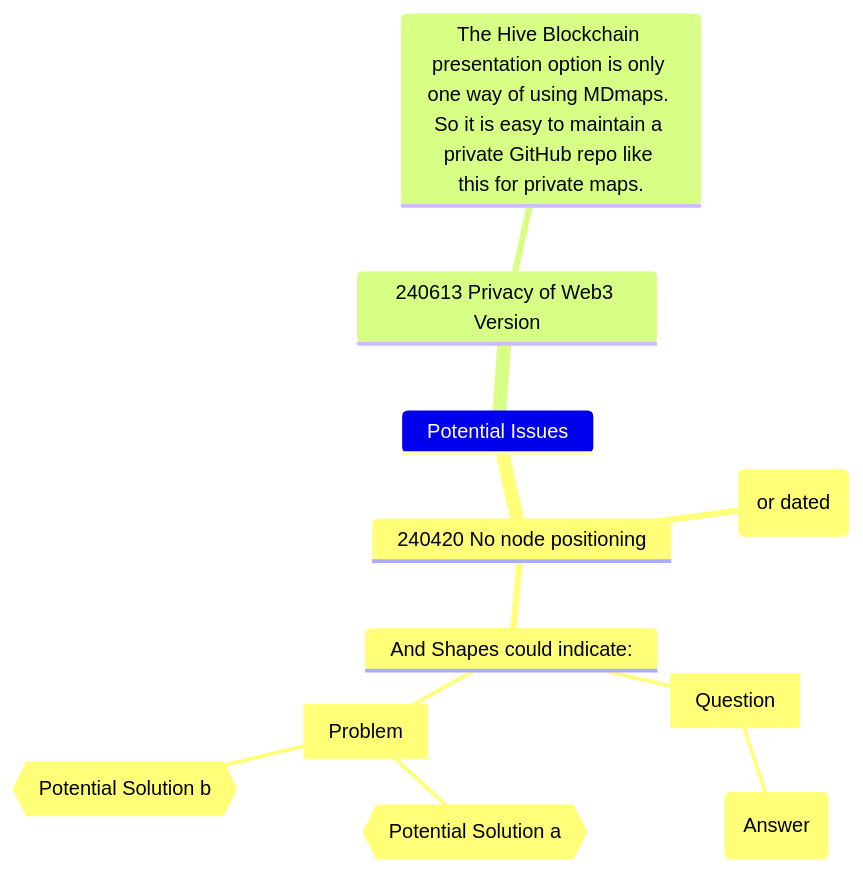
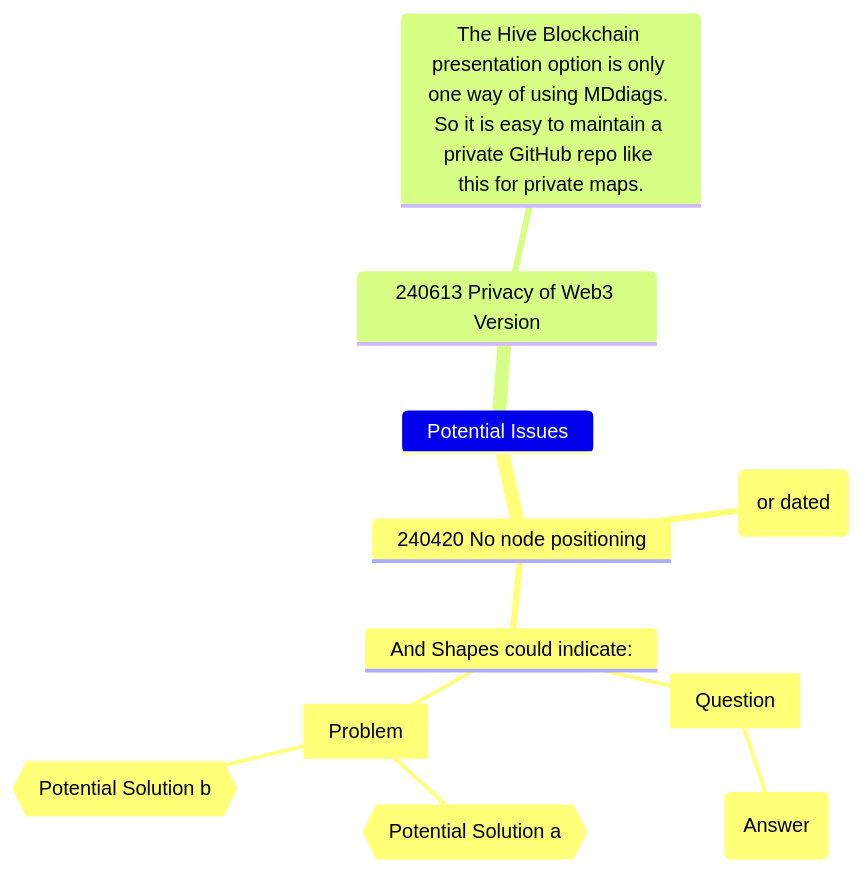
The fourth of 6 diagrams in README.md (kct2020/mddiag), drawn with Mermaid before and after one commit. The commit also changed other lines of this file and 1 other file, not shown here.

````diff
--- a/README.md
+++ b/README.md
@@ -114,14 +115,14 @@
 ```mermaid
 mindmap
 Potential Issues
   240420 No node positioning
     But nodes could be numbered (or dated)
     And Shapes could indicate:
         [Question]
             (Answer)
         [Problem]
             {{Potential Solution a}}
             {{Potential Solution b}}
   240613 Privacy of Web3 Version
-    The Hive Blockchain presentation option is only one way of using MDmaps. So it is easy to maintain a private GitHub repo like this for private maps.
+    The Hive Blockchain presentation option is only one way of using MDdiags. So it is easy to maintain a private GitHub repo like this for private maps.
 ```
````
